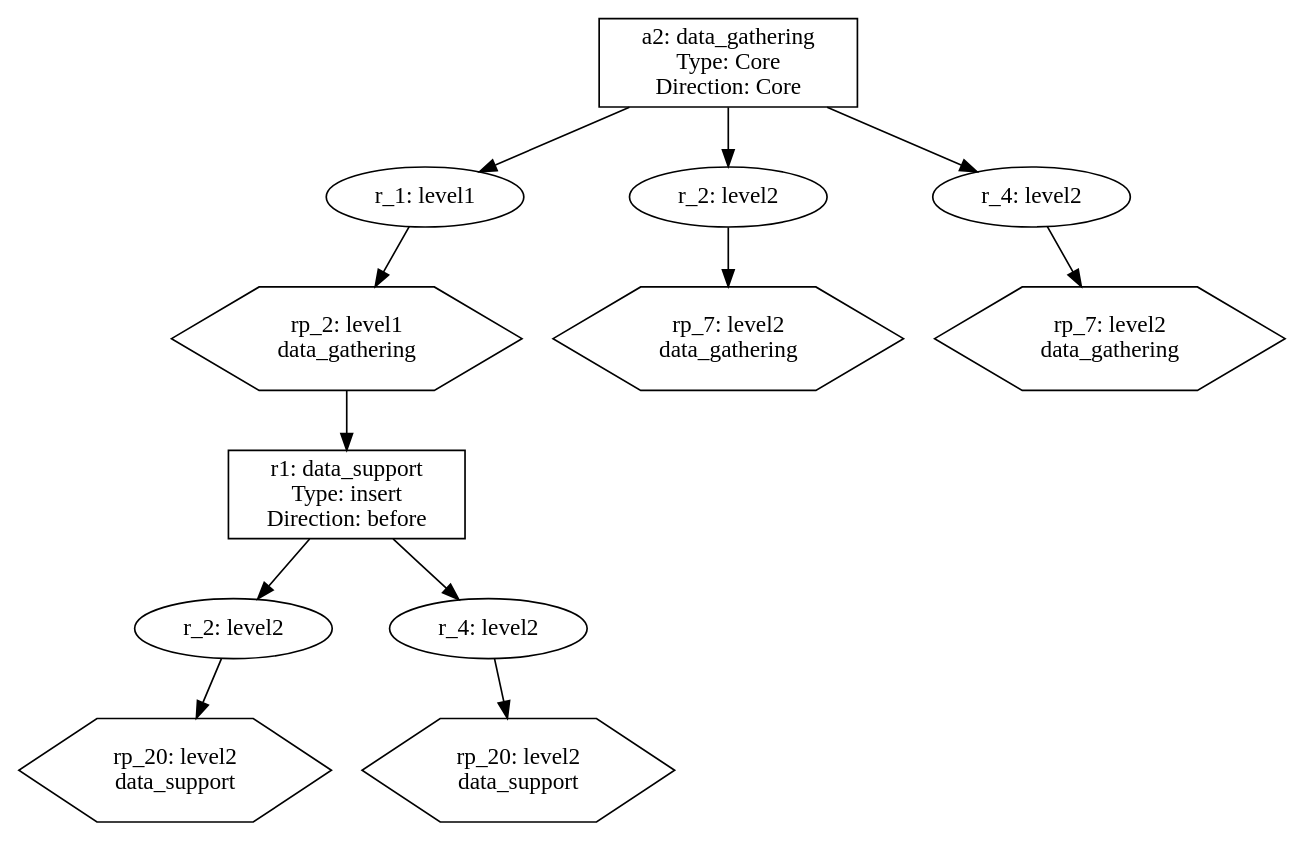
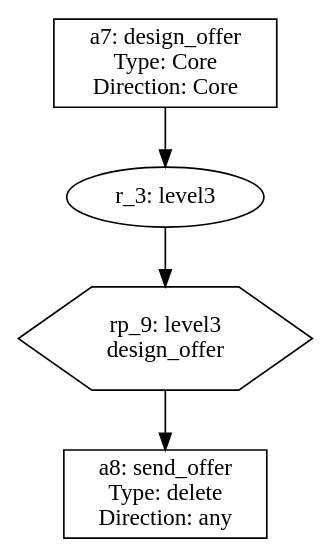
One commit to Schlixmann/RA-RPST-Allocation changed the diagram in tree_allocation/tree/tmp/call_tree.dot. Above: the diagram before and after it, drawn with Graphviz. The commit also changed 6 other files, not shown here.

```diff
--- a/tree_allocation/tree/tmp/call_tree.dot
+++ b/tree_allocation/tree/tmp/call_tree.dot
@@ -1,34 +1,14 @@
 digraph CallTree {
-	"c7f51c0a-b6fc-11ee-b2fd-04cf4b795879" [label = "a2: data_gathering 
+	"469ebbdc-b726-11ee-b803-04cf4b795879" [label = "a7: design_offer 
  Type: Core 
  Direction: Core" shape=rectangle]	; 
-	"c7f530aa-b6fc-11ee-b2fd-04cf4b795879" [label = "r_1: level1"]	; 
-	"c7f51c0a-b6fc-11ee-b2fd-04cf4b795879" -> "c7f530aa-b6fc-11ee-b2fd-04cf4b795879"	 ;
-	"c7f538a2-b6fc-11ee-b2fd-04cf4b795879" [label = "rp_2: level1 
- data_gathering" shape=polygon sides=6]	; 
-	"c7f530aa-b6fc-11ee-b2fd-04cf4b795879" -> "c7f538a2-b6fc-11ee-b2fd-04cf4b795879"	 ;
-	"c7f53d34-b6fc-11ee-b2fd-04cf4b795879" [label = "r1: data_support 
- Type: insert 
- Direction: before" shape=rectangle]	; 
-	"c7f538a2-b6fc-11ee-b2fd-04cf4b795879" -> "c7f53d34-b6fc-11ee-b2fd-04cf4b795879"	 ;
-	"c7f54680-b6fc-11ee-b2fd-04cf4b795879" [label = "r_2: level2"]	; 
-	"c7f53d34-b6fc-11ee-b2fd-04cf4b795879" -> "c7f54680-b6fc-11ee-b2fd-04cf4b795879"	 ;
-	"c7f54eaa-b6fc-11ee-b2fd-04cf4b795879" [label = "rp_20: level2 
- data_support" shape=polygon sides=6]	; 
-	"c7f54680-b6fc-11ee-b2fd-04cf4b795879" -> "c7f54eaa-b6fc-11ee-b2fd-04cf4b795879"	 ;
-	"c7f5536e-b6fc-11ee-b2fd-04cf4b795879" [label = "r_4: level2"]	; 
-	"c7f53d34-b6fc-11ee-b2fd-04cf4b795879" -> "c7f5536e-b6fc-11ee-b2fd-04cf4b795879"	 ;
-	"c7f55a58-b6fc-11ee-b2fd-04cf4b795879" [label = "rp_20: level2 
- data_support" shape=polygon sides=6]	; 
-	"c7f5536e-b6fc-11ee-b2fd-04cf4b795879" -> "c7f55a58-b6fc-11ee-b2fd-04cf4b795879"	 ;
-	"c7f55e86-b6fc-11ee-b2fd-04cf4b795879" [label = "r_2: level2"]	; 
-	"c7f51c0a-b6fc-11ee-b2fd-04cf4b795879" -> "c7f55e86-b6fc-11ee-b2fd-04cf4b795879"	 ;
-	"c7f56570-b6fc-11ee-b2fd-04cf4b795879" [label = "rp_7: level2 
- data_gathering" shape=polygon sides=6]	; 
-	"c7f55e86-b6fc-11ee-b2fd-04cf4b795879" -> "c7f56570-b6fc-11ee-b2fd-04cf4b795879"	 ;
-	"c7f5693a-b6fc-11ee-b2fd-04cf4b795879" [label = "r_4: level2"]	; 
-	"c7f51c0a-b6fc-11ee-b2fd-04cf4b795879" -> "c7f5693a-b6fc-11ee-b2fd-04cf4b795879"	 ;
-	"c7f57010-b6fc-11ee-b2fd-04cf4b795879" [label = "rp_7: level2 
- data_gathering" shape=polygon sides=6]	; 
-	"c7f5693a-b6fc-11ee-b2fd-04cf4b795879" -> "c7f57010-b6fc-11ee-b2fd-04cf4b795879"	 ;
+	"469eca46-b726-11ee-b803-04cf4b795879" [label = "r_3: level3"]	; 
+	"469ebbdc-b726-11ee-b803-04cf4b795879" -> "469eca46-b726-11ee-b803-04cf4b795879"	 ;
+	"469ed0fe-b726-11ee-b803-04cf4b795879" [label = "rp_9: level3 
+ design_offer" shape=polygon sides=6]	; 
+	"469eca46-b726-11ee-b803-04cf4b795879" -> "469ed0fe-b726-11ee-b803-04cf4b795879"	 ;
+	"469ed5b8-b726-11ee-b803-04cf4b795879" [label = "a8: send_offer 
+ Type: delete 
+ Direction: any" shape=rectangle]	; 
+	"469ed0fe-b726-11ee-b803-04cf4b795879" -> "469ed5b8-b726-11ee-b803-04cf4b795879"	 ;
 }
```
